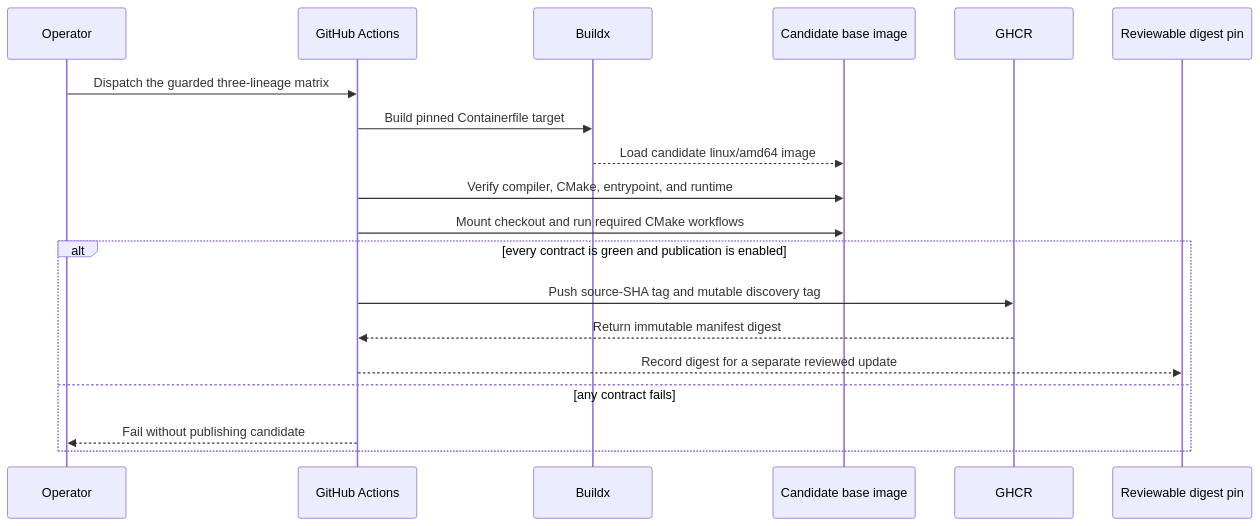
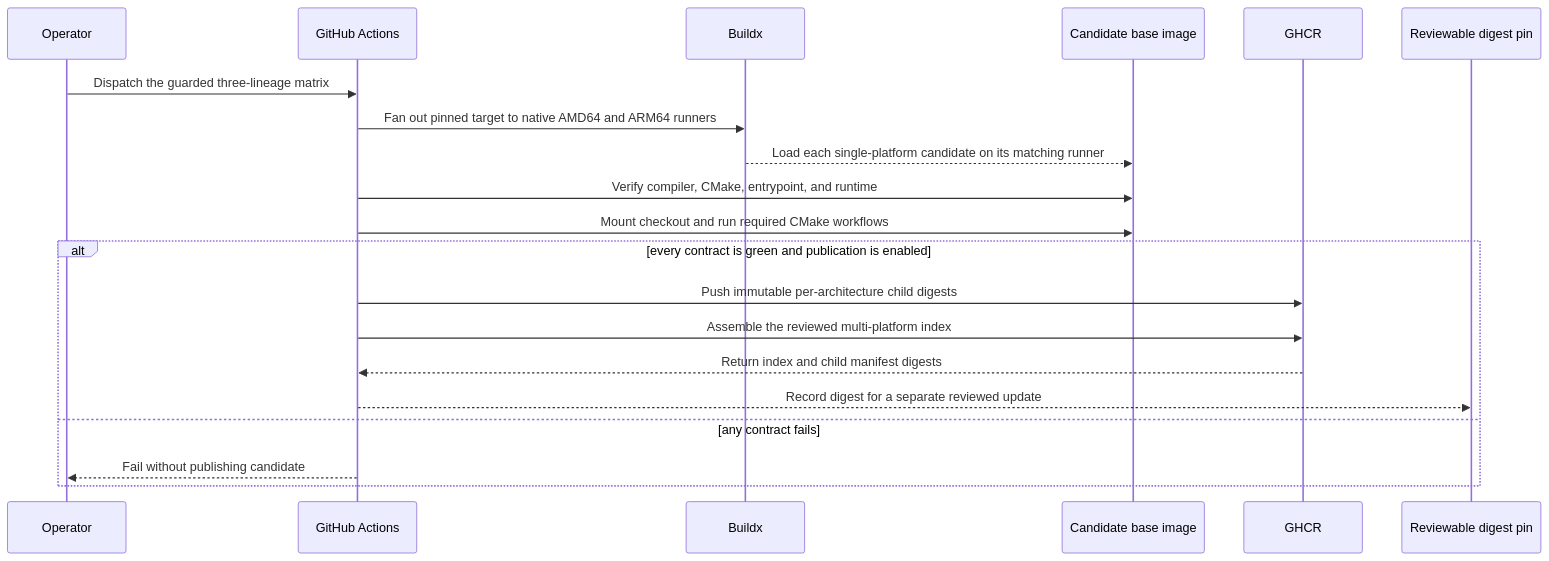
The second of 6 diagrams in docs/toolchain-and-devcontainer-workflow.md (ray-manaloto/symphony-cpp), drawn with Mermaid before and after one commit. The commit also changed other lines of this file and 7 other files, not shown here.

````diff
--- a/docs/toolchain-and-devcontainer-workflow.md
+++ b/docs/toolchain-and-devcontainer-workflow.md
@@ -81,22 +82,23 @@
 ```mermaid
 sequenceDiagram
     participant O as Operator
     participant A as GitHub Actions
     participant B as Buildx
     participant I as Candidate base image
     participant R as GHCR
     participant P as Reviewable digest pin
 
     O->>A: Dispatch the guarded three-lineage matrix
-    A->>B: Build pinned Containerfile target
-    B-->>I: Load candidate linux/amd64 image
+    A->>B: Fan out pinned target to native AMD64 and ARM64 runners
+    B-->>I: Load each single-platform candidate on its matching runner
     A->>I: Verify compiler, CMake, entrypoint, and runtime
     A->>I: Mount checkout and run required CMake workflows
     alt every contract is green and publication is enabled
-        A->>R: Push source-SHA tag and mutable discovery tag
-        R-->>A: Return immutable manifest digest
+        A->>R: Push immutable per-architecture child digests
+        A->>R: Assemble the reviewed multi-platform index
+        R-->>A: Return index and child manifest digests
         A-->>P: Record digest for a separate reviewed update
     else any contract fails
         A-->>O: Fail without publishing candidate
     end
 ```
````
